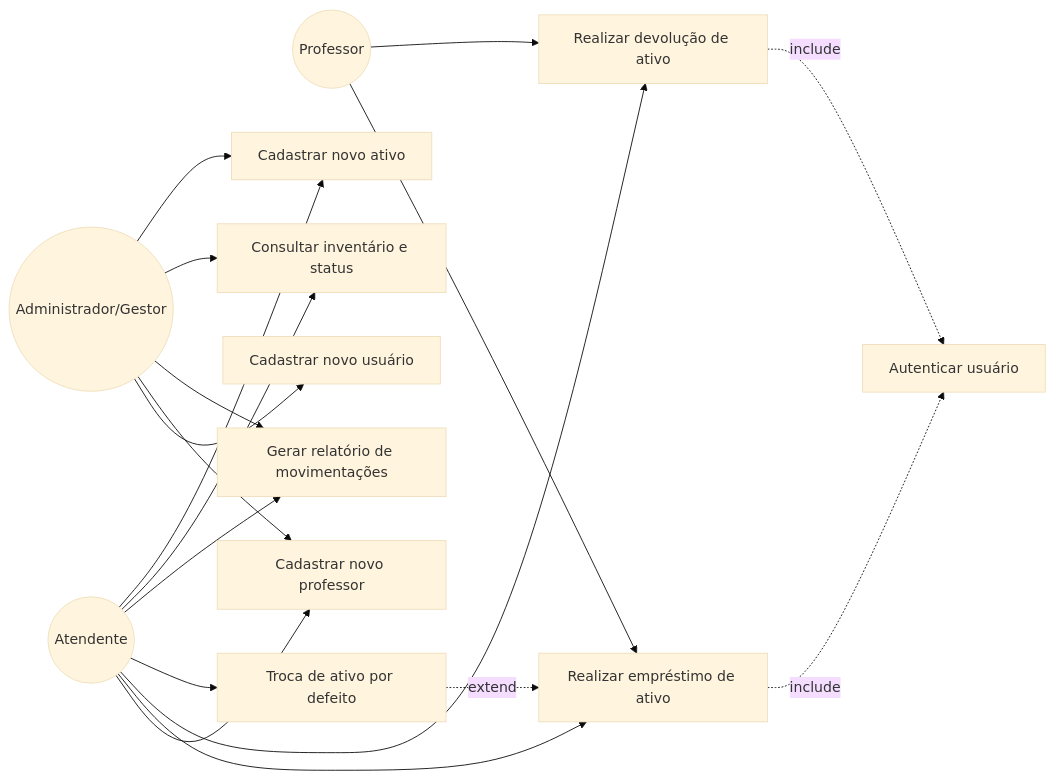
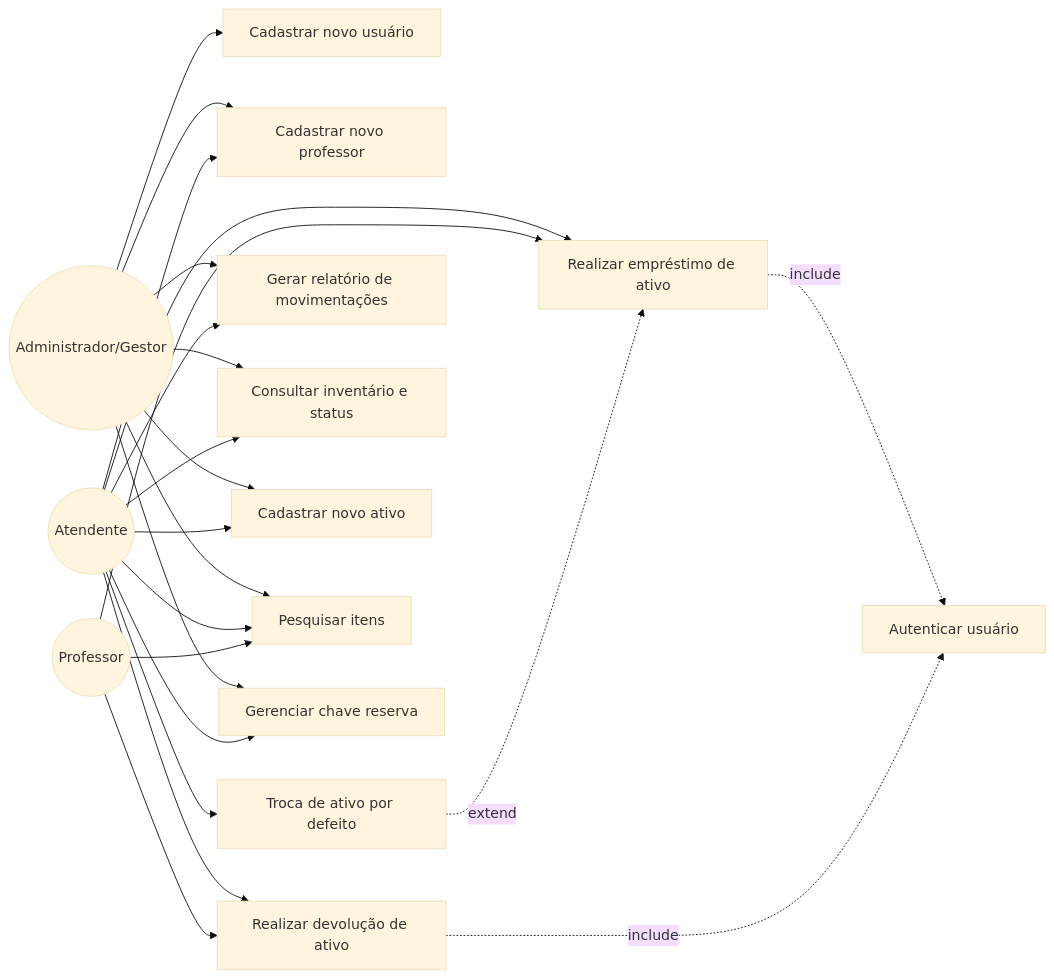
Before and after one commit to oliveiraleonardo918-ui/TesteEmProducao26.1: the second of 3 diagrams in README.md, drawn with Mermaid (base theme). The commit also changed other lines of this file, not shown here.

Commit message:
docs: atualiza diagrama de casos de uso

````diff
--- a/README.md
+++ b/README.md
@@ -466,37 +468,45 @@
 ```mermaid
 flowchart LR
     Atendente((Atendente))
     Professor((Professor))
     Admin((Administrador/Gestor))
 
     Autenticar[Autenticar usuário]
     UC01[Cadastrar novo usuário]
     UC02[Cadastrar novo professor]
     UC03[Realizar empréstimo de ativo]
     UC04[Realizar devolução de ativo]
     UC05[Troca de ativo por defeito]
     UC06[Gerar relatório de movimentações]
     UC07[Consultar inventário e status]
     UC08[Cadastrar novo ativo]
+    UC09[Pesquisar itens]
+    UC10[Gerenciar chave reserva]
 
     Admin --> UC01
     Admin --> UC02
     Admin --> UC06
     Admin --> UC07
     Admin --> UC08
+    Admin --> UC09
+    Admin --> UC10
 
     Atendente --> UC02
     Atendente --> UC03
     Atendente --> UC04
     Atendente --> UC05
     Atendente --> UC06
     Atendente --> UC07
     Atendente --> UC08
+    Atendente --> UC09
+    Atendente --> UC10
 
     Professor --> UC03
     Professor --> UC04
+    Professor --> UC09
 
     UC03 -. include .-> Autenticar
     UC04 -. include .-> Autenticar
     UC05 -. extend .-> UC03
+
 ```
````
